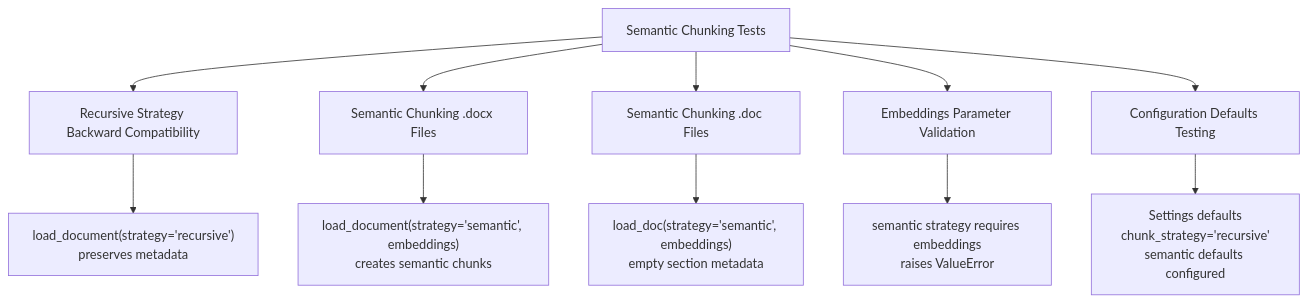
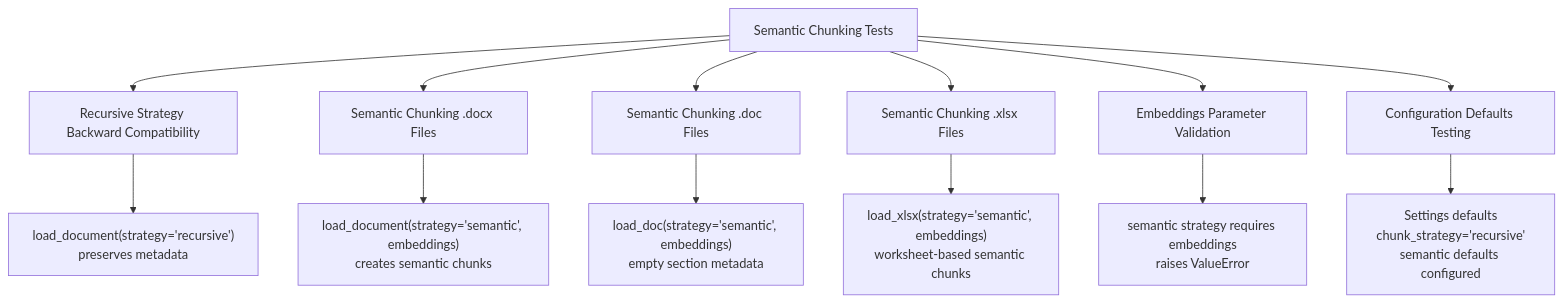
One commit to ognelis/cafetera_hr_bot changed the tenth of 14 diagrams in .qoder/repowiki/en/content/RAG Integration/RAG Parser Enhancement.md. Above: the diagram before and after it, drawn with Mermaid. The commit also changed other lines of this file and 9 other files, not shown here.

````diff
--- a/.qoder/repowiki/en/content/RAG Integration/RAG Parser Enhancement.md
+++ b/.qoder/repowiki/en/content/RAG Integration/RAG Parser Enhancement.md
@@ -380,13 +469,15 @@
 ```mermaid
 flowchart TD
 TestSuite["Semantic Chunking Tests"] --> RecursiveCompat["Recursive Strategy Backward Compatibility"]
 TestSuite --> SemanticDocx["Semantic Chunking .docx Files"]
 TestSuite --> SemanticDoc["Semantic Chunking .doc Files"]
+TestSuite --> SemanticXlsx["Semantic Chunking .xlsx Files"]
 TestSuite --> EmbeddingsValidation["Embeddings Parameter Validation"]
 TestSuite --> ConfigDefaults["Configuration Defaults Testing"]
 RecursiveCompat --> Test1["load_document(strategy='recursive')<br/>preserves metadata"]
 SemanticDocx --> Test2["load_document(strategy='semantic', embeddings)<br/>creates semantic chunks"]
 SemanticDoc --> Test3["load_doc(strategy='semantic', embeddings)<br/>empty section metadata"]
-EmbeddingsValidation --> Test4["semantic strategy requires embeddings<br/>raises ValueError"]
-ConfigDefaults --> Test5["Settings defaults<br/>chunk_strategy='recursive'<br/>semantic defaults configured"]
+SemanticXlsx --> Test4["load_xlsx(strategy='semantic', embeddings)<br/>worksheet-based semantic chunks"]
+EmbeddingsValidation --> Test5["semantic strategy requires embeddings<br/>raises ValueError"]
+ConfigDefaults --> Test6["Settings defaults<br/>chunk_strategy='recursive'<br/>semantic defaults configured"]
 ```
````
